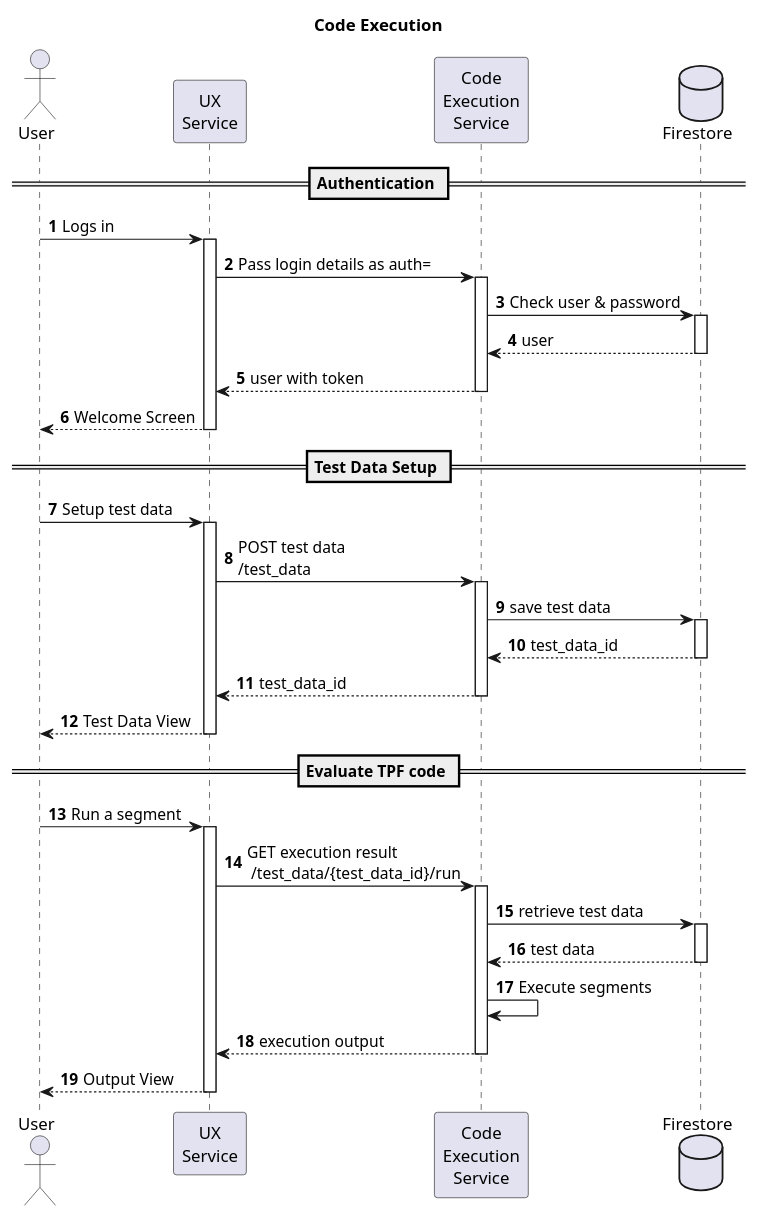
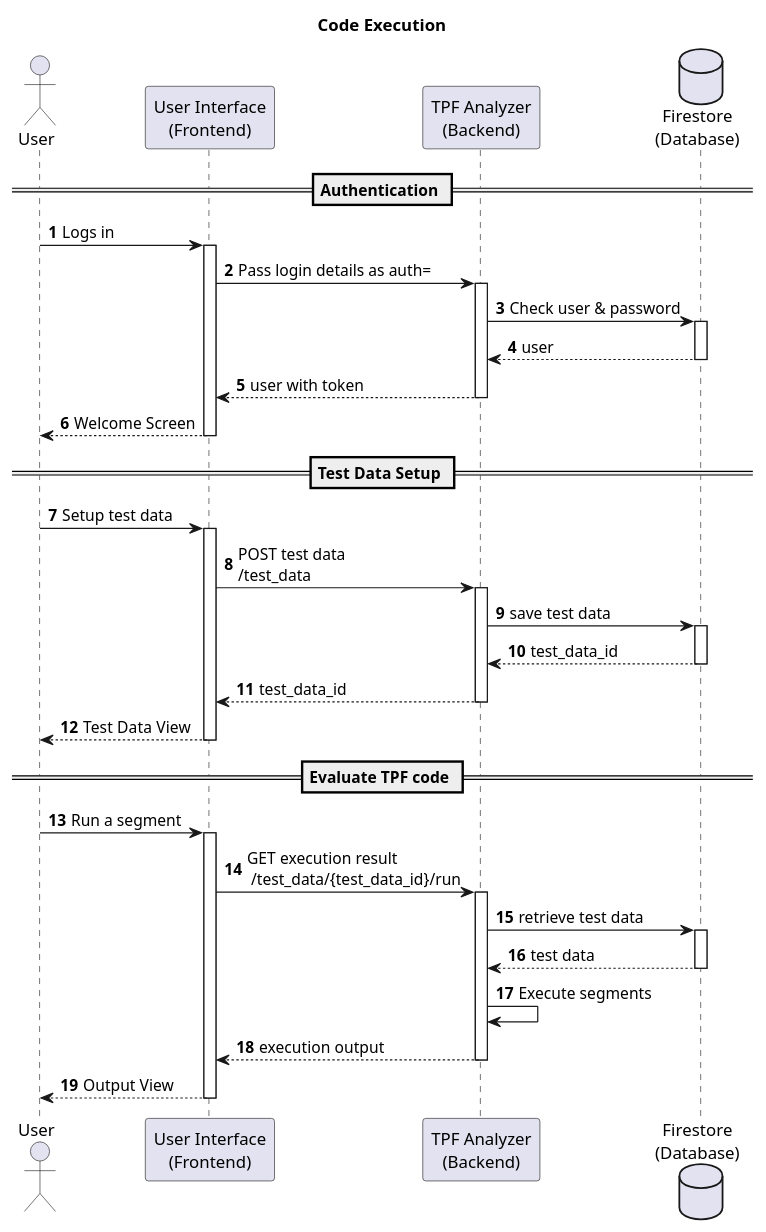
The diagram in documentation/Execution.puml (crazynayan/tpf1), drawn with PlantUML before and after one commit. The commit also changed 3 other files, not shown here.

```diff
--- a/documentation/Execution.puml
+++ b/documentation/Execution.puml
@@ -1,36 +1,36 @@
 @startuml
 title Code Execution
 
 actor User
-participant "UX\nService" as Frontend
-participant "Code\nExecution\nService" as Backend
-database Firestore
+participant "User Interface\n(Frontend)" as Frontend
+participant "TPF Analyzer\n(Backend)" as Backend
+database "Firestore\n(Database)" as Firestore
 
 autonumber
 
 == Authentication ==
 User -> Frontend ++ : Logs in
     Frontend -> Backend ++ : Pass login details as auth=
         Backend -> Firestore ++ : Check user & password
         return user
     return user with token
 return Welcome Screen
 
 == Test Data Setup ==
 User -> Frontend ++ : Setup test data
     Frontend -> Backend ++ : POST test data \n/test_data
         Backend -> Firestore ++ : save test data
         return test_data_id
     return test_data_id
 return Test Data View
 
 == Evaluate TPF code ==
 User -> Frontend ++ : Run a segment
     Frontend -> Backend ++ : GET execution result \n /test_data/{test_data_id}/run
     Backend -> Firestore ++ : retrieve test data
     return test data
     Backend -> Backend : Execute segments
     return execution output
 return Output View
 
 @enduml
```
